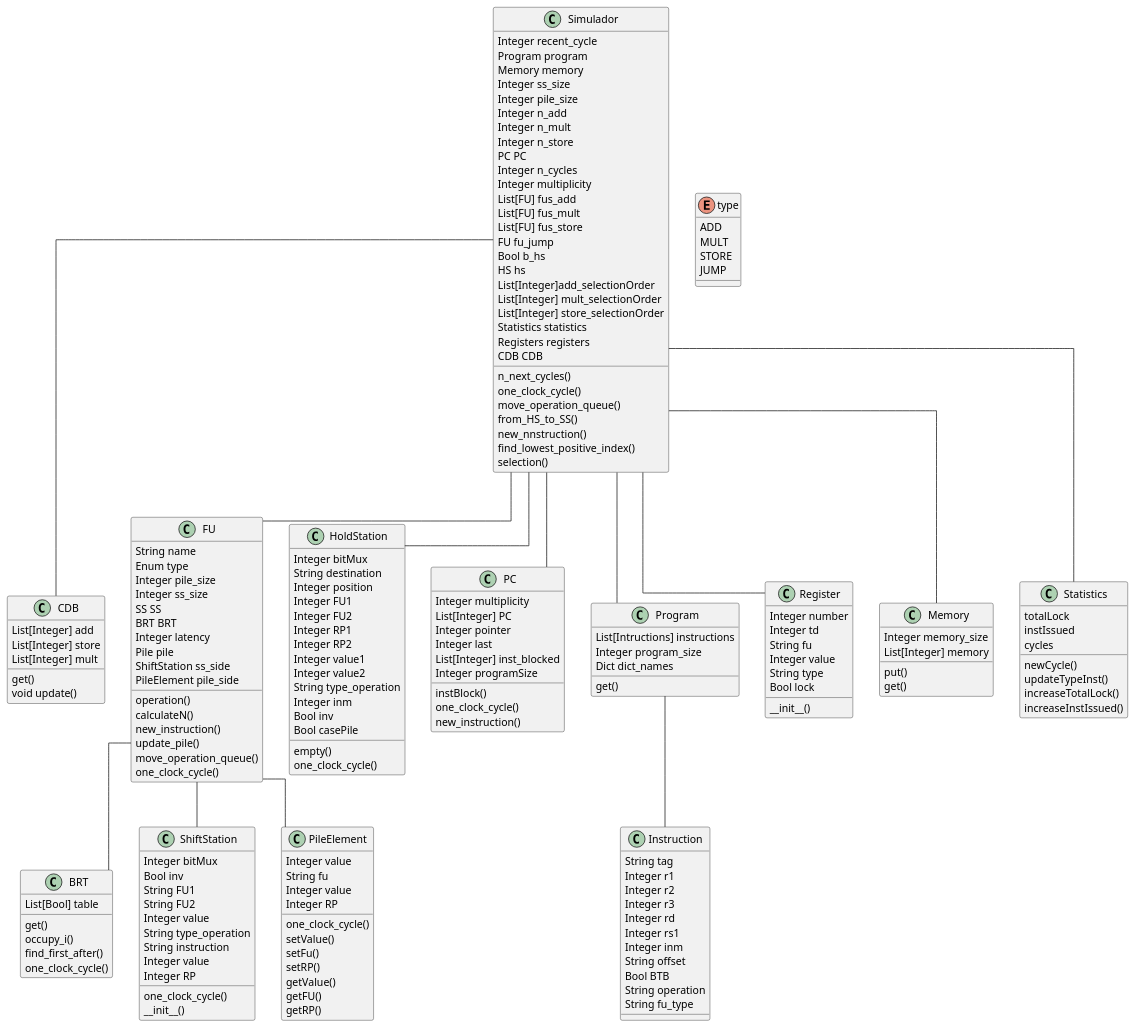
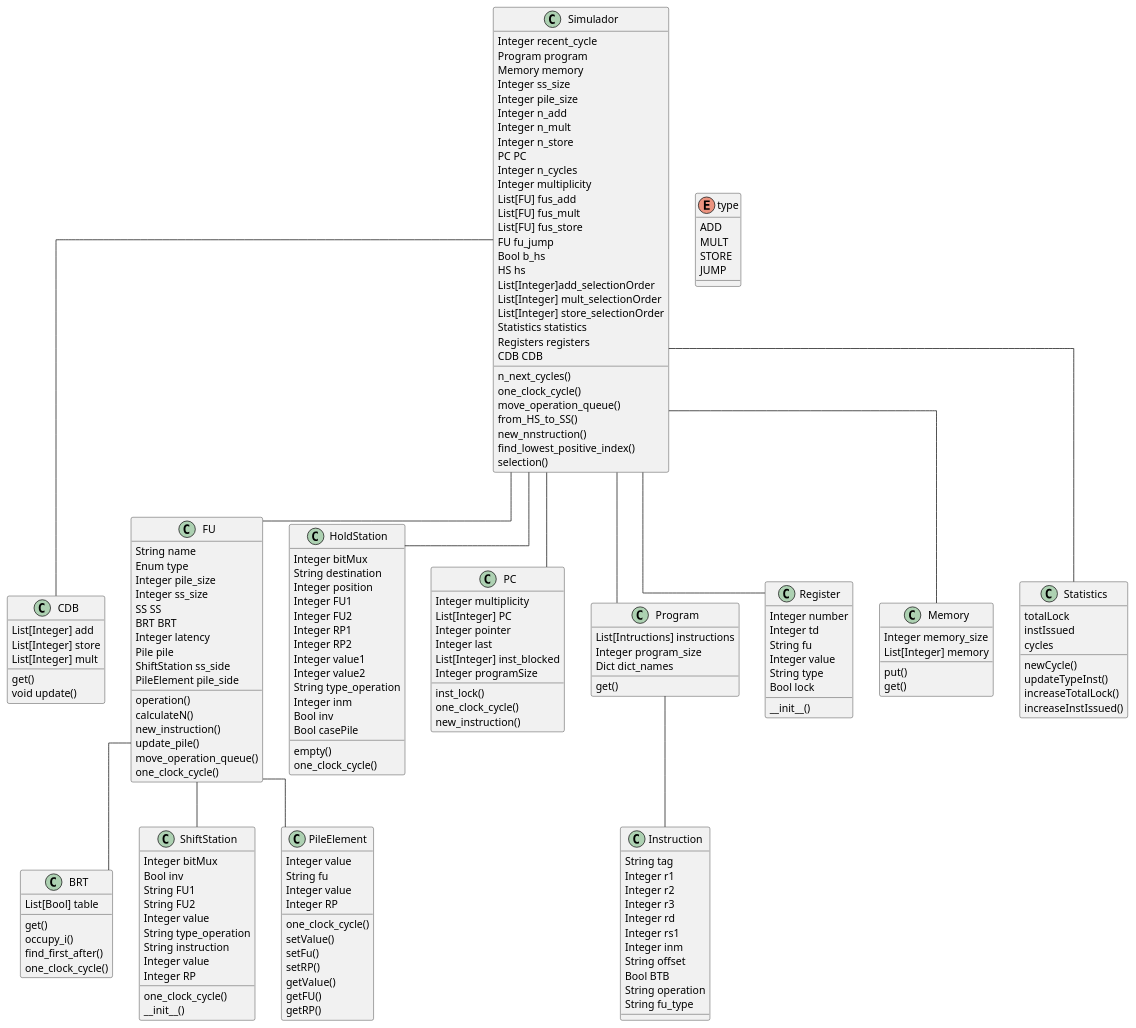
One commit to bellopsal/ChonosPlan changed the diagram in UML/aux copy.puml. Above: the diagram before and after it, drawn with PlantUML. The commit also changed 9 other files, not shown here.

```diff
--- a/UML/aux copy.puml
+++ b/UML/aux copy.puml
@@ -63,7 +63,7 @@
 }
 
 class PC {
-    instBlock()
+    inst_lock()
     one_clock_cycle()
     new_instruction()
         Integer multiplicity
```
